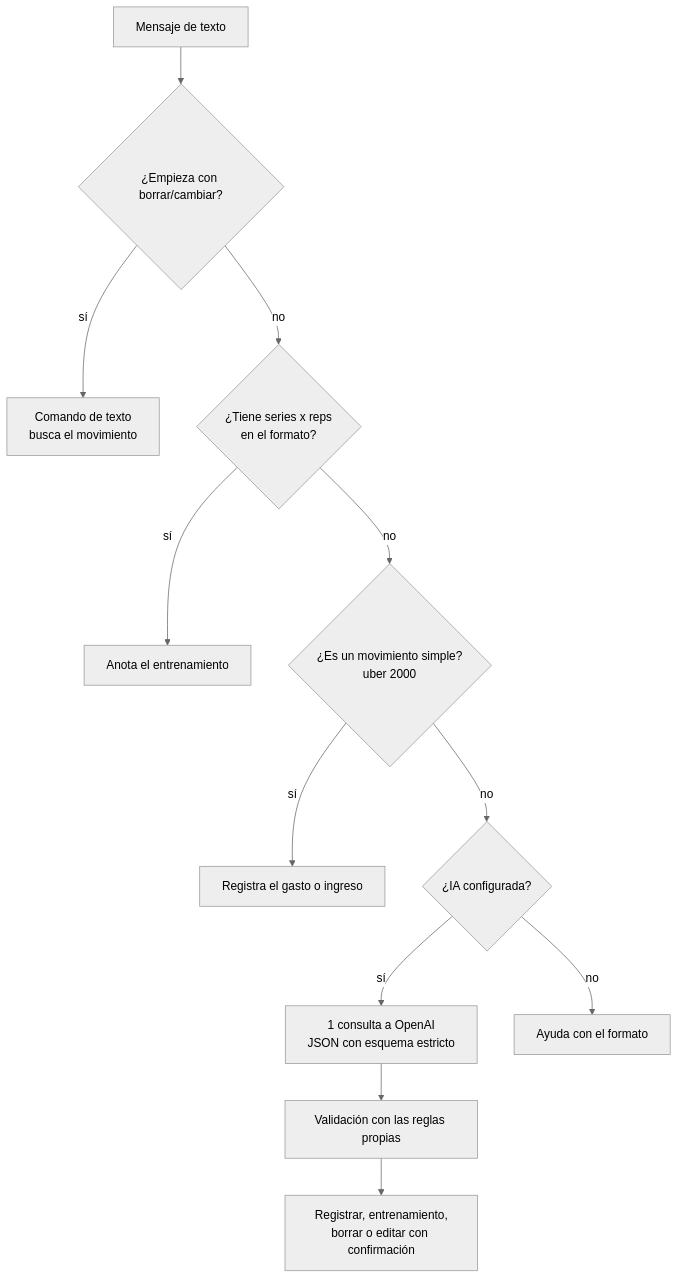
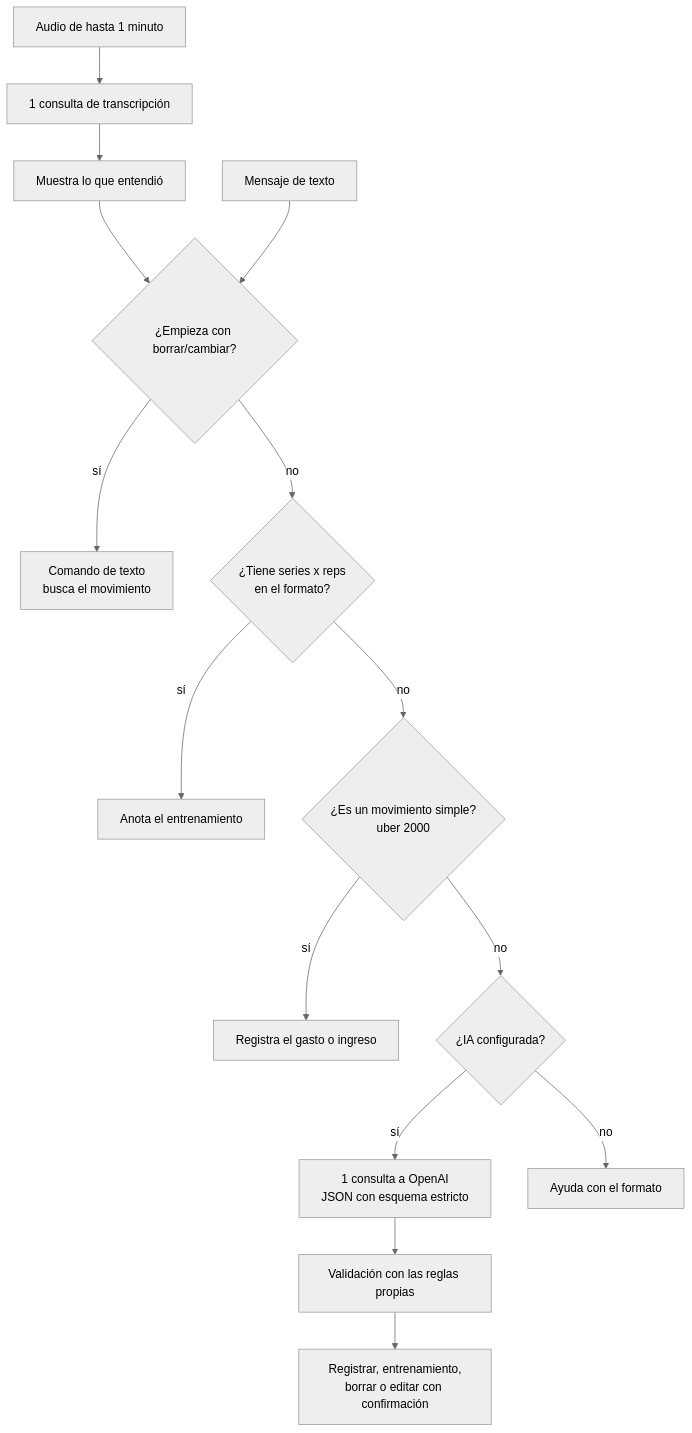
One commit to leocaimmi/Bot-Assistant- changed the second of 4 diagrams in docs/ARCHITECTURE.md. Above: the diagram before and after it, drawn with Mermaid (neutral theme). The commit also changed other lines of this file, not shown here.

Commit message:
docs: describe voice messages and ai costs in the architecture

````diff
--- a/docs/ARCHITECTURE.md
+++ b/docs/ARCHITECTURE.md
@@ -84,14 +85,17 @@
 ```mermaid
 flowchart TD
+    VZ[Audio de hasta 1 minuto] --> T[1 consulta de transcripción]
+    T --> SH[Muestra lo que entendió]
+    SH --> C
     M[Mensaje de texto] --> C{"¿Empieza con borrar/cambiar?"}
     C -->|sí| TC[Comando de texto<br/>busca el movimiento]
     C -->|no| W{"¿Tiene series x reps<br/>en el formato?"}
     W -->|sí| G[Anota el entrenamiento]
     W -->|no| S{"¿Es un movimiento simple?<br/>uber 2000"}
     S -->|sí| F[Registra el gasto o ingreso]
     S -->|no| AI{"¿IA configurada?"}
     AI -->|sí| O[1 consulta a OpenAI<br/>JSON con esquema estricto]
     O --> V[Validación con las reglas propias]
     V --> ACT[Registrar, entrenamiento,<br/>borrar o editar con confirmación]
     AI -->|no| H[Ayuda con el formato]
 ```
````
